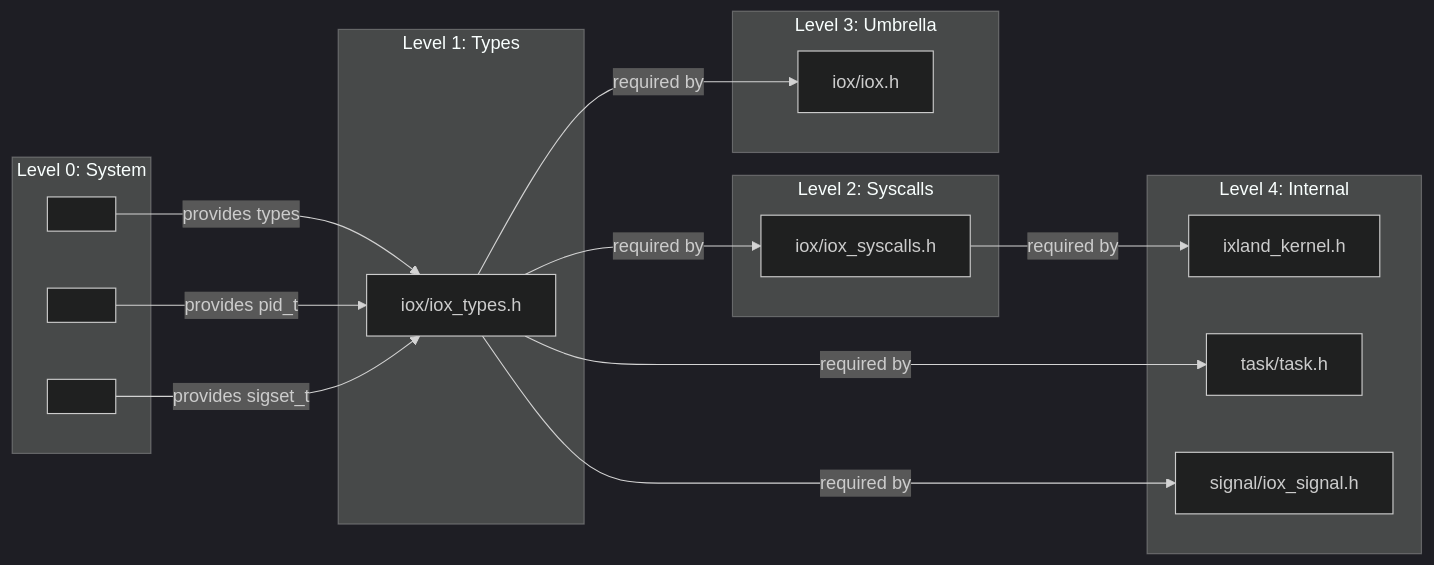
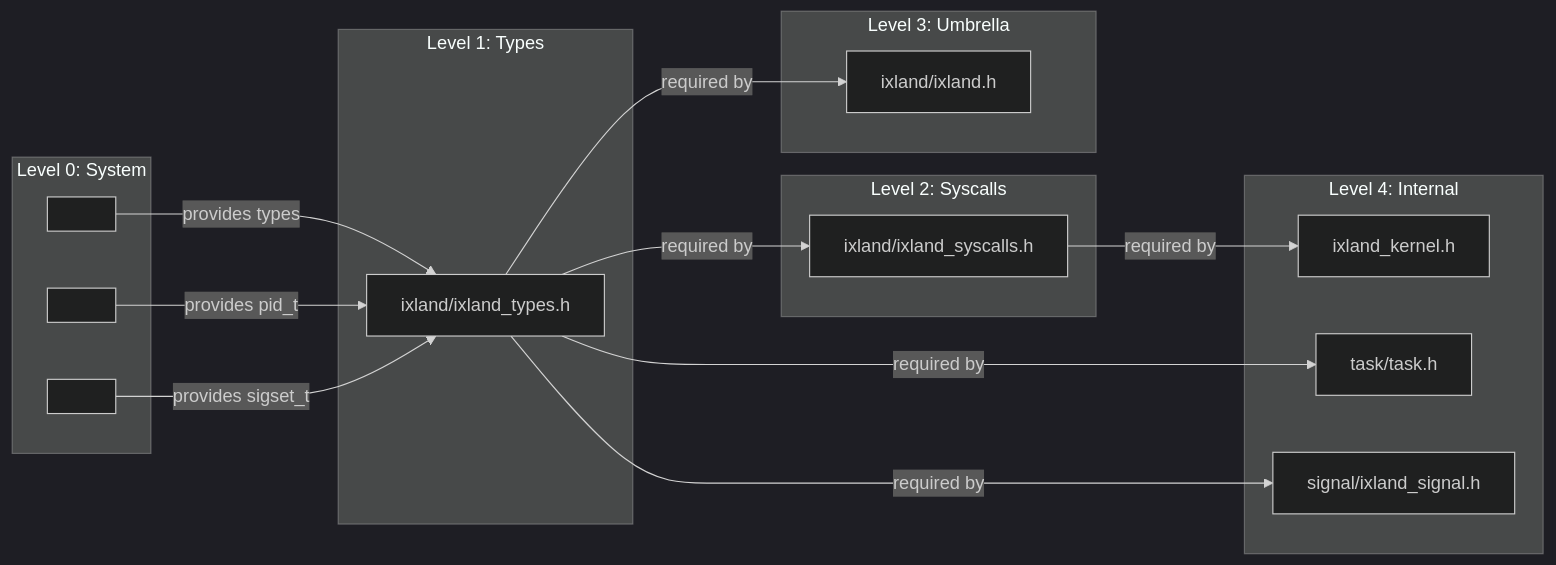
One commit to rudironsoni/ixland changed diagram 13 of 15 in docs/ARCHITECTURE_POST_MISSION.md. Above: the diagram before and after it, drawn with Mermaid (dark theme). The commit also changed other lines of this file and 268 other files, not shown here.

Commit message:
refactor(naming): migrate remaining iox identifiers to ixland

````diff
--- a/docs/ARCHITECTURE_POST_MISSION.md
+++ b/docs/ARCHITECTURE_POST_MISSION.md
@@ -562,37 +562,37 @@
 ```mermaid
 flowchart LR
     subgraph Level0["Level 0: System"]
         Stdint["<stdint.h>"]
         SysTypes["<sys/types.h>"]
         SignalStd["<signal.h>"]
     end
 
     subgraph Level1["Level 1: Types"]
-        IoxTypes["iox/iox_types.h"]
+        IxlandTypes["ixland/ixland_types.h"]
     end
 
     subgraph Level2["Level 2: Syscalls"]
-        IoxSyscalls["iox/iox_syscalls.h"]
+        IxlandSyscalls["ixland/ixland_syscalls.h"]
     end
 
     subgraph Level3["Level 3: Umbrella"]
-        IoxH["iox/iox.h"]
+        IxlandH["ixland/ixland.h"]
     end
 
     subgraph Level4["Level 4: Internal"]
         IxlandKernel["ixland_kernel.h"]
         TaskH["task/task.h"]
-        SignalH["signal/iox_signal.h"]
+        SignalH["signal/ixland_signal.h"]
     end
 
-    Stdint -->|provides types| IoxTypes
-    SysTypes -->|provides pid_t| IoxTypes
-    SignalStd -->|provides sigset_t| IoxTypes
+    Stdint -->|provides types| IxlandTypes
+    SysTypes -->|provides pid_t| IxlandTypes
+    SignalStd -->|provides sigset_t| IxlandTypes
 
-    IoxTypes -->|required by| IoxSyscalls
-    IoxTypes -->|required by| IoxH
+    IxlandTypes -->|required by| IxlandSyscalls
+    IxlandTypes -->|required by| IxlandH
 
-    IoxSyscalls -->|required by| IxlandKernel
-    IoxTypes -->|required by| TaskH
-    IoxTypes -->|required by| SignalH
+    IxlandSyscalls -->|required by| IxlandKernel
+    IxlandTypes -->|required by| TaskH
+    IxlandTypes -->|required by| SignalH
 ```
````
